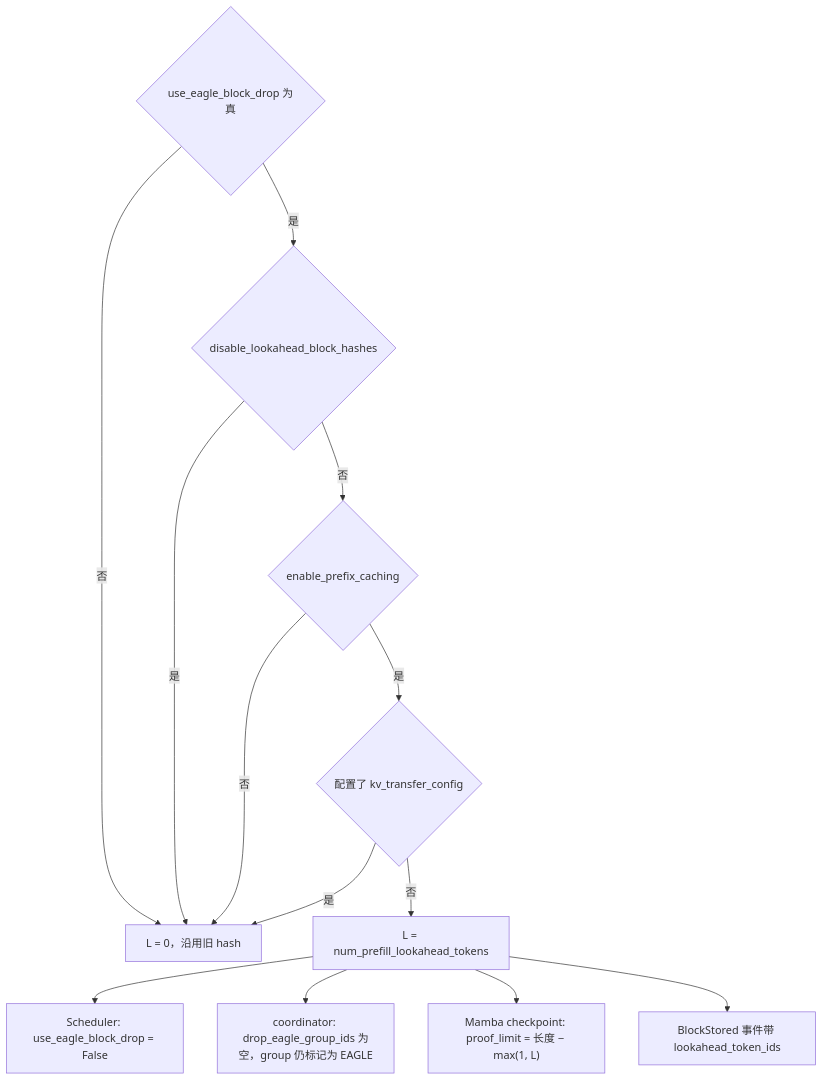
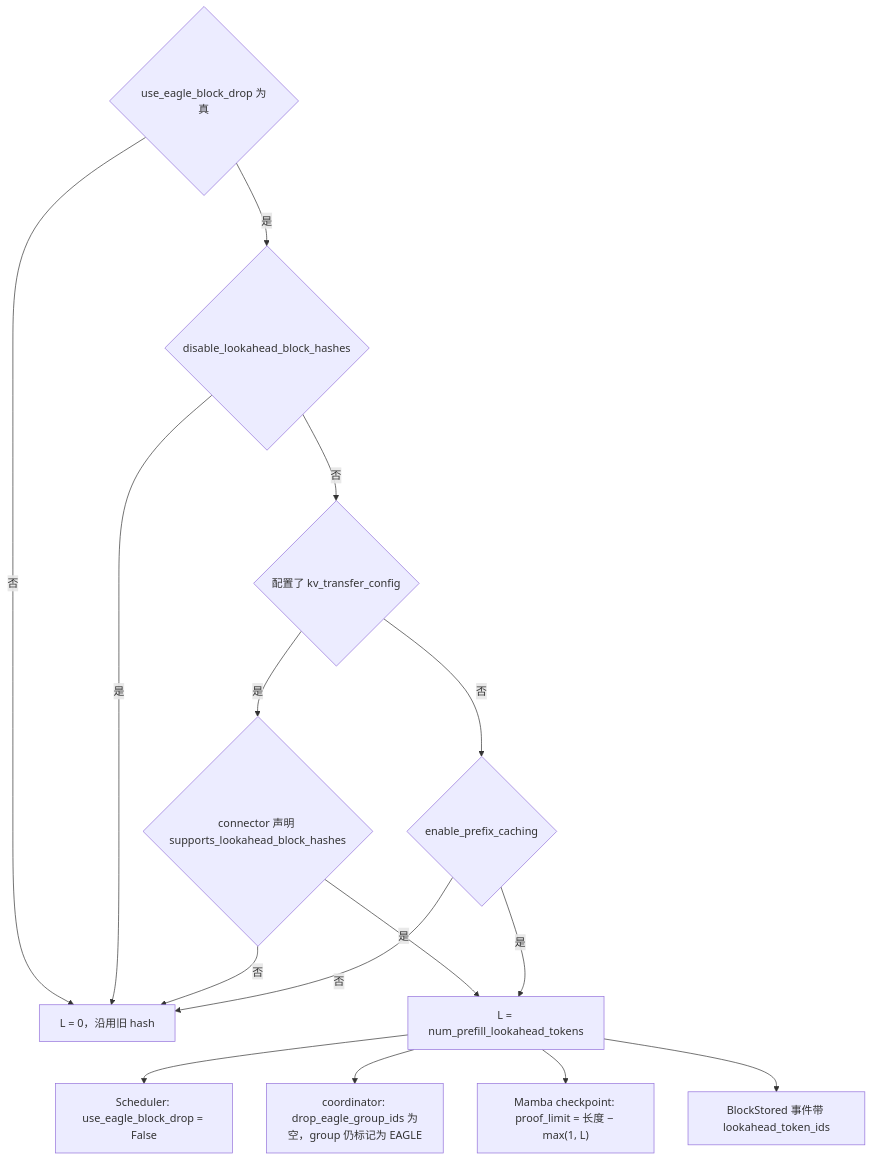
Before and after one commit to cluster1900/vllm_reader: diagram 23 of 32 in book/05-kv-cache/README.md, drawn with Mermaid. The commit also changed other lines of this file and 11 other files, not shown here.

````diff
--- a/book/05-kv-cache/README.md
+++ b/book/05-kv-cache/README.md
@@ -1153,15 +1158,17 @@
 ```mermaid
 flowchart TD
     A{use_eagle_block_drop 为真} -->|否| OFF[L = 0，沿用旧 hash]
     A -->|是| B{disable_lookahead_block_hashes}
     B -->|是| OFF
-    B -->|否| C{enable_prefix_caching}
+    B -->|否| D{配置了 kv_transfer_config}
+    D -->|是| K{connector 声明 supports_lookahead_block_hashes}
+    K -->|否| OFF
+    K -->|是| ON[L = num_prefill_lookahead_tokens]
+    D -->|否| C{enable_prefix_caching}
     C -->|否| OFF
-    C -->|是| D{配置了 kv_transfer_config}
-    D -->|是| OFF
-    D -->|否| ON[L = num_prefill_lookahead_tokens]
+    C -->|是| ON
     ON --> S1[Scheduler: use_eagle_block_drop = False]
     ON --> S2[coordinator: drop_eagle_group_ids 为空，group 仍标记为 EAGLE]
     ON --> S3["Mamba checkpoint: proof_limit = 长度 − max(1, L)"]
     ON --> S4[BlockStored 事件带 lookahead_token_ids]
 ```
````
